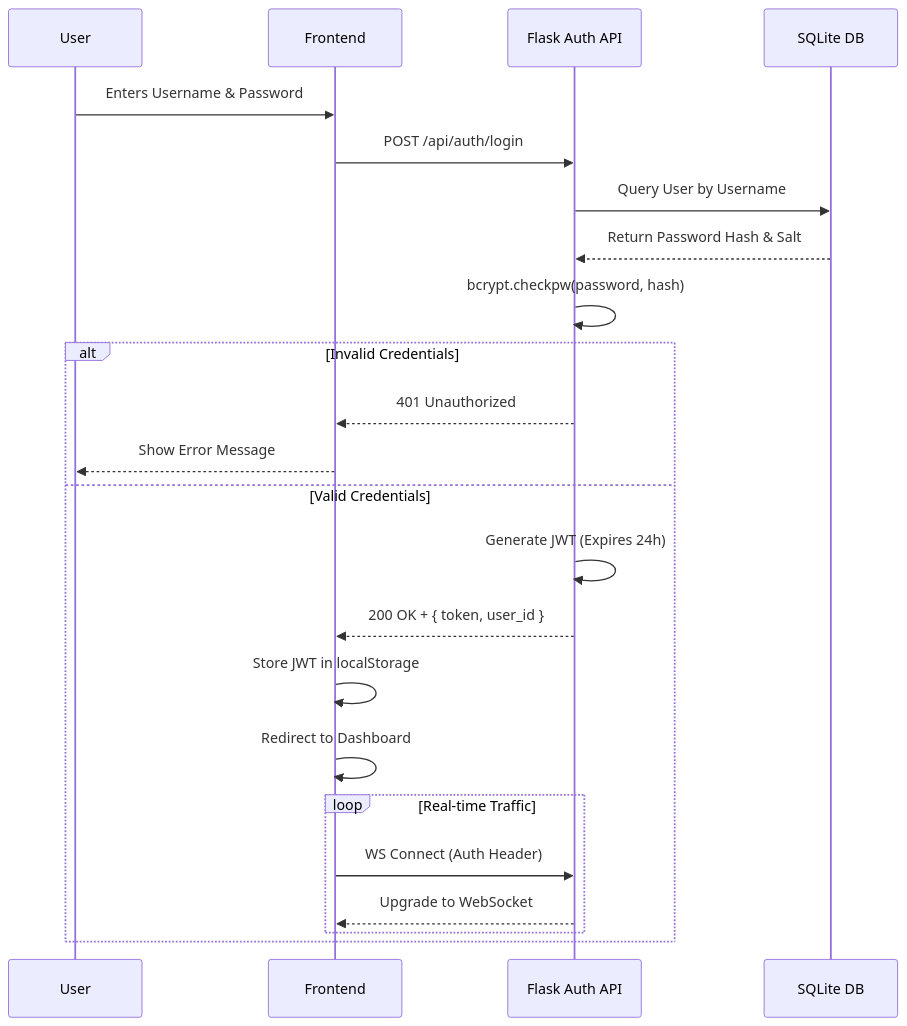
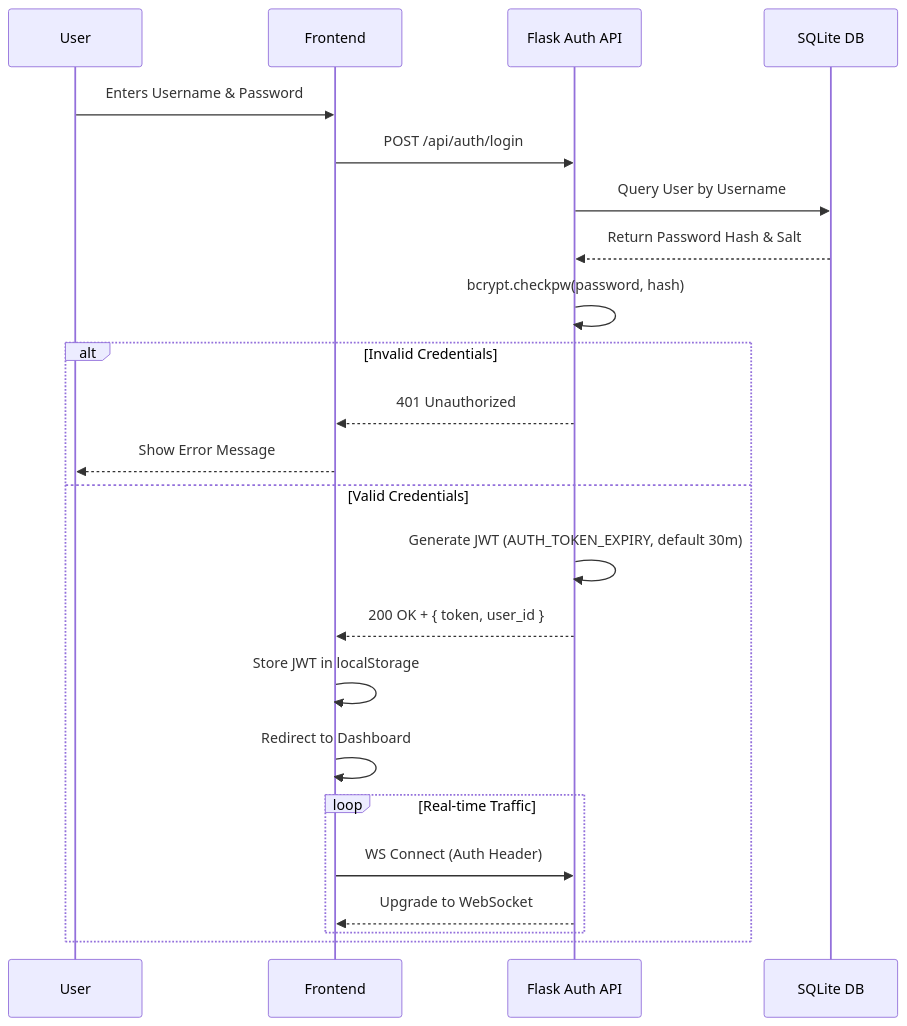
One commit to Harshit7623/Packet_Peeper changed the third of 4 diagrams in ARCHITECTURE.md. Above: the diagram before and after it, drawn with Mermaid. The commit also changed other lines of this file and 9 other files, not shown here.

````diff
--- a/ARCHITECTURE.md
+++ b/ARCHITECTURE.md
@@ -101,30 +105,30 @@
 ```mermaid
 sequenceDiagram
     participant User
     participant Frontend
     participant AuthAPI as Flask Auth API
     participant DB as SQLite DB
     
     User->>Frontend: Enters Username & Password
     Frontend->>AuthAPI: POST /api/auth/login
     
     AuthAPI->>DB: Query User by Username
     DB-->>AuthAPI: Return Password Hash & Salt
     
     AuthAPI->>AuthAPI: bcrypt.checkpw(password, hash)
     
     alt Invalid Credentials
         AuthAPI-->>Frontend: 401 Unauthorized
         Frontend-->>User: Show Error Message
     else Valid Credentials
-        AuthAPI->>AuthAPI: Generate JWT (Expires 24h)
+        AuthAPI->>AuthAPI: Generate JWT (AUTH_TOKEN_EXPIRY, default 30m)
         AuthAPI-->>Frontend: 200 OK + { token, user_id }
         Frontend->>Frontend: Store JWT in localStorage
         Frontend->>Frontend: Redirect to Dashboard
         
         loop Real-time Traffic
             Frontend->>AuthAPI: WS Connect (Auth Header)
             AuthAPI-->>Frontend: Upgrade to WebSocket
         end
     end
 ```
````
